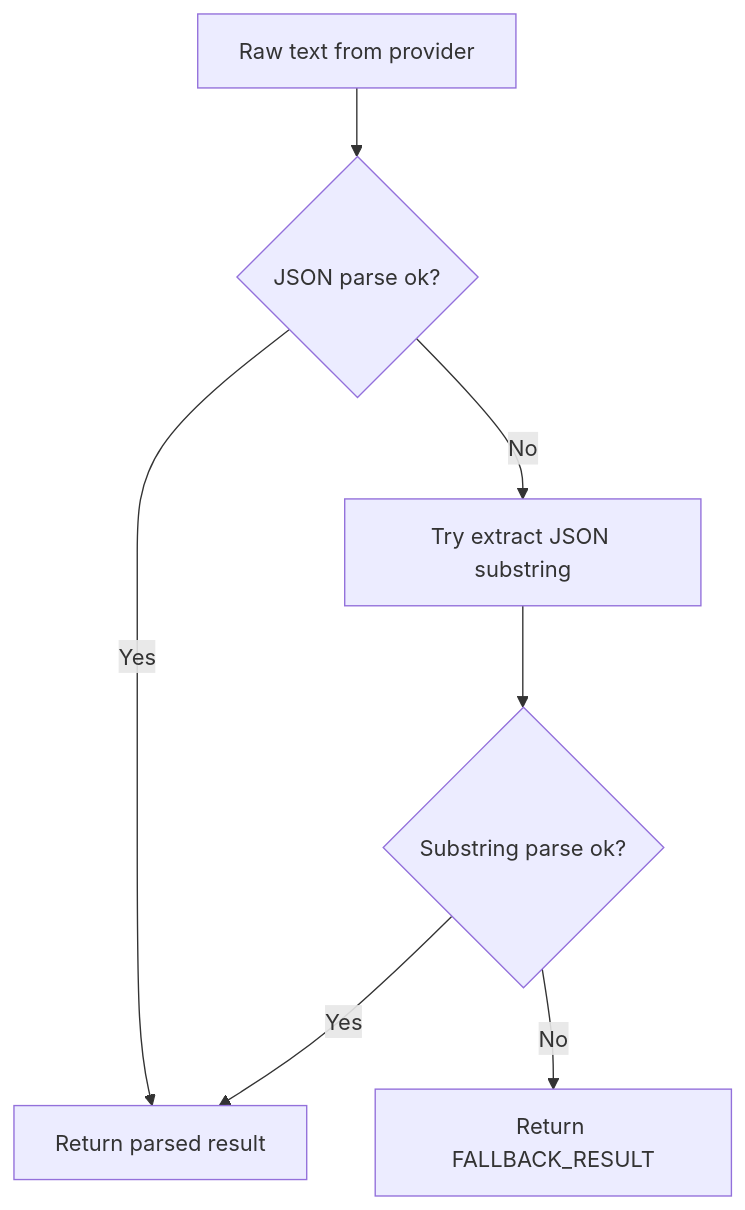
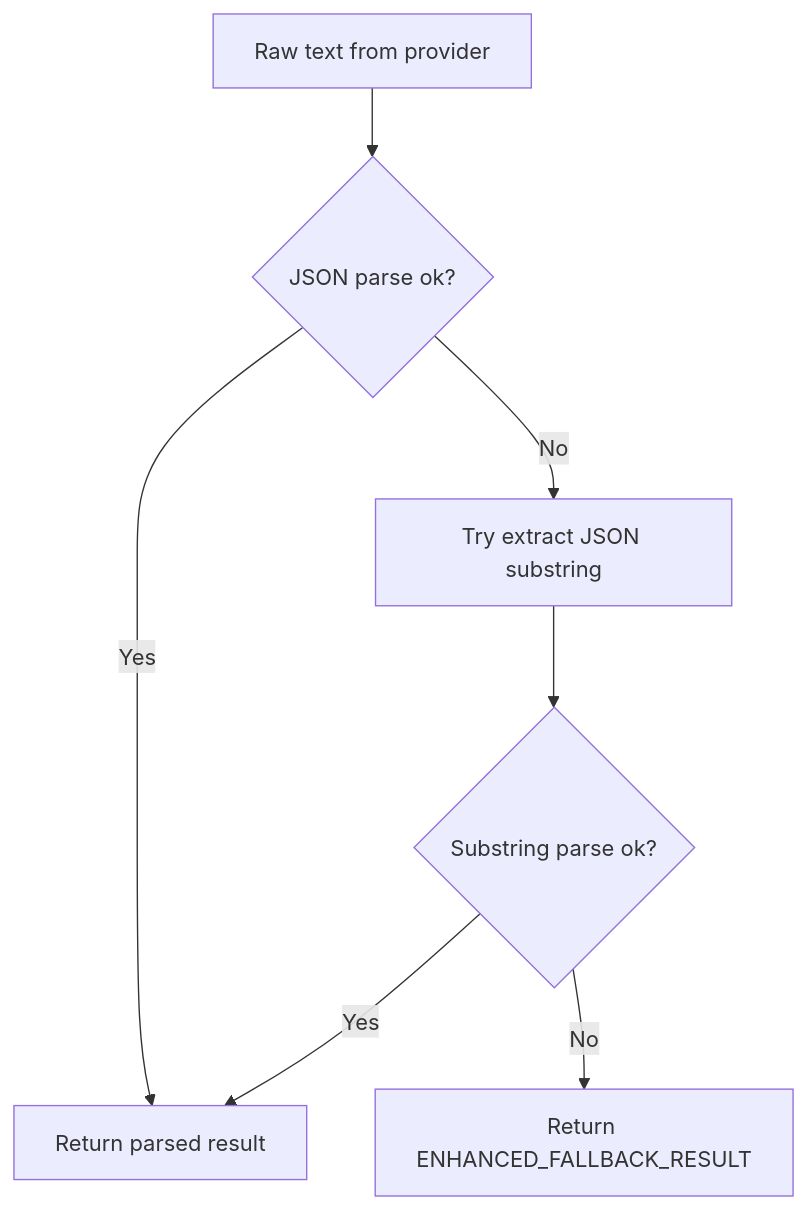
The fourth of 10 diagrams in .qoder/repowiki/en/content/AI Integration/AI Integration.md (hunglevi87/Hidden-Gem), drawn with Mermaid before and after one commit. The commit also changed other lines of this file and 14 other files, not shown here.

````diff
--- a/.qoder/repowiki/en/content/AI Integration/AI Integration.md
+++ b/.qoder/repowiki/en/content/AI Integration/AI Integration.md
@@ -165,9 +202,9 @@
 ```mermaid
 flowchart TD
 A["Raw text from provider"] --> B{"JSON parse ok?"}
 B --> |Yes| C["Return parsed result"]
 B --> |No| D["Try extract JSON substring"]
 D --> E{"Substring parse ok?"}
 E --> |Yes| C
-E --> |No| F["Return FALLBACK_RESULT"]
+E --> |No| F["Return ENHANCED_FALLBACK_RESULT"]
 ```
````
